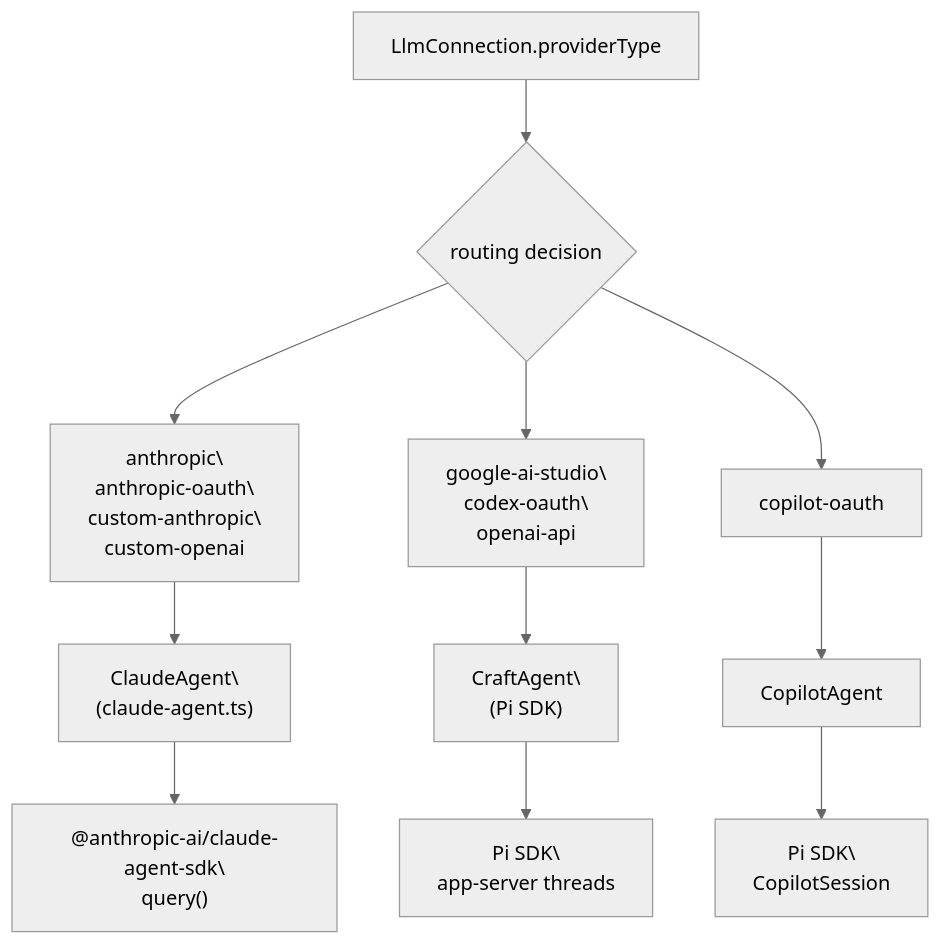
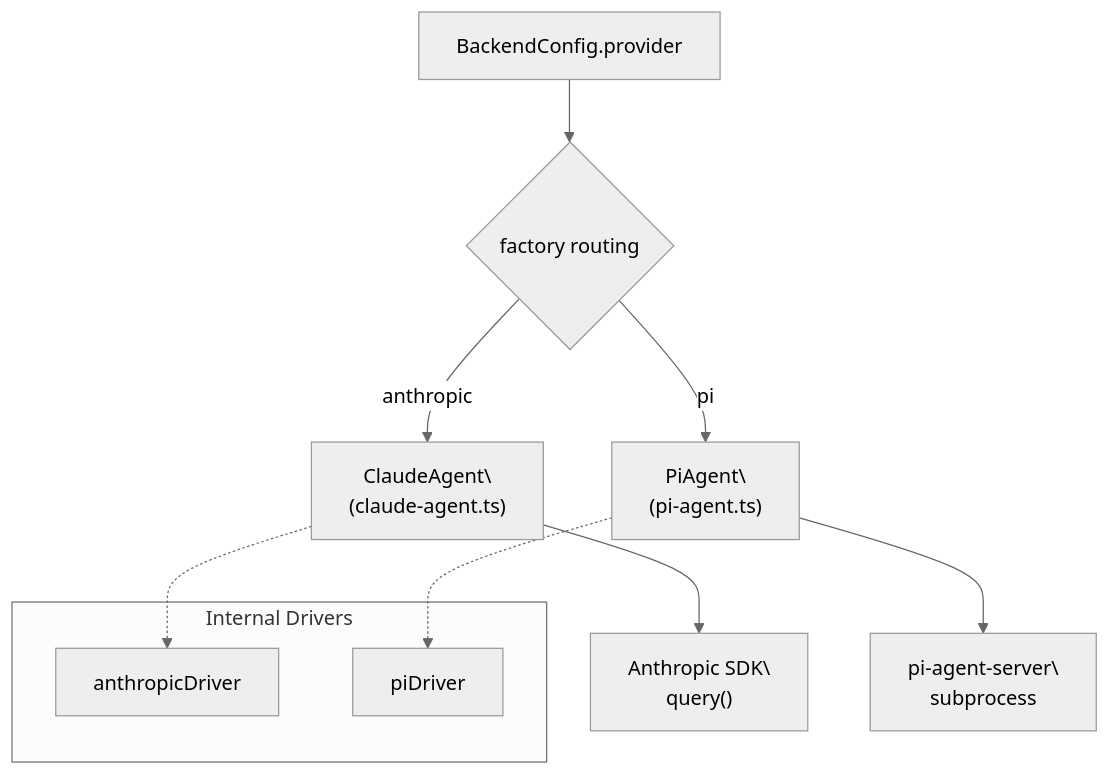
The third of 4 diagrams in docs/lukilabs_craft-agents-oss/architecture/agent-system.md (blackcater/zentree), drawn with Mermaid (neutral theme) before and after one commit. The commit also changed other lines of this file and 232 other files, not shown here.

````diff
--- a/docs/lukilabs_craft-agents-oss/architecture/agent-system.md
+++ b/docs/lukilabs_craft-agents-oss/architecture/agent-system.md
@@ -202,25 +153,21 @@
 ```mermaid
 flowchart TD
-    A["LlmConnection.providerType"] --> B{"routing decision"}
-    B --> C["anthropic\
-anthropic-oauth\
-custom-anthropic\
-custom-openai"]
-    B --> D["google-ai-studio\
-codex-oauth\
-openai-api"]
-    B --> E["copilot-oauth"]
-
-    C --> F["ClaudeAgent\
+    A["BackendConfig.provider"] --> B{"factory routing"}
+    B -->|"anthropic"| C["ClaudeAgent\
 (claude-agent.ts)"]
-    D --> G["CraftAgent\
-(Pi SDK)"]
-    E --> H["CopilotAgent"]
-
-    F --> I["@anthropic-ai/claude-agent-sdk\
+    B -->|"pi"| D["PiAgent\
+(pi-agent.ts)"]
+    
+    C --> E["Anthropic SDK\
 query()"]
-    G --> J["Pi SDK\
-app-server threads"]
-    H --> K["Pi SDK\
-CopilotSession"]
+    D --> F["pi-agent-server\
+subprocess"]
+    
+    subgraph Drivers["Internal Drivers"]
+        G["anthropicDriver"]
+        H["piDriver"]
+    end
+    
+    C -.-> G
+    D -.-> H
 ```
````
